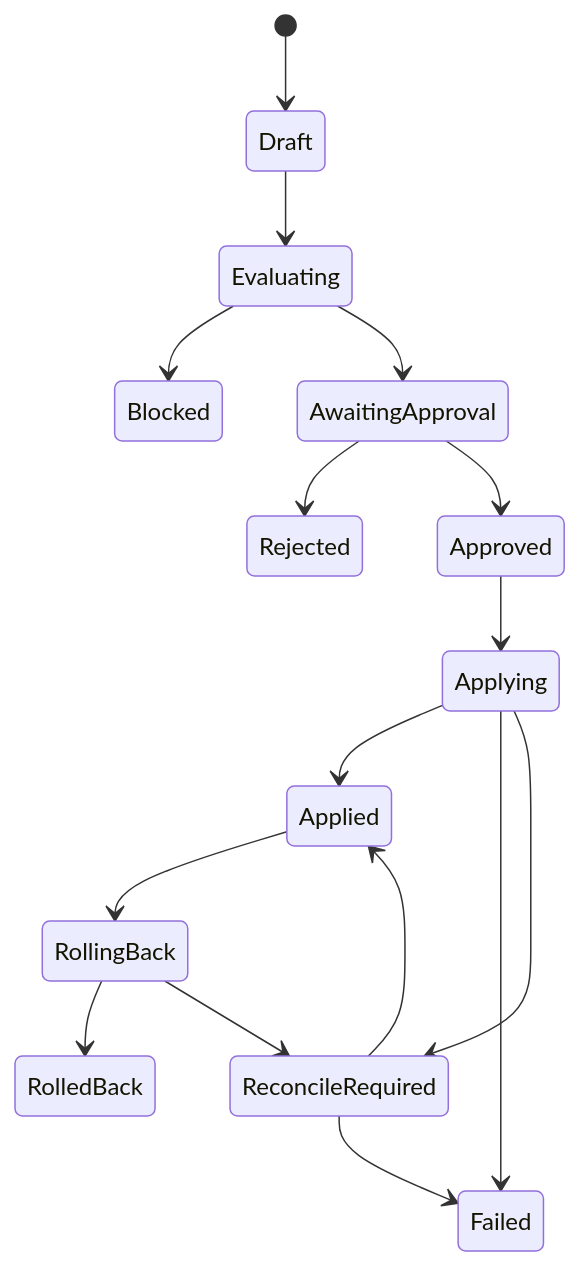
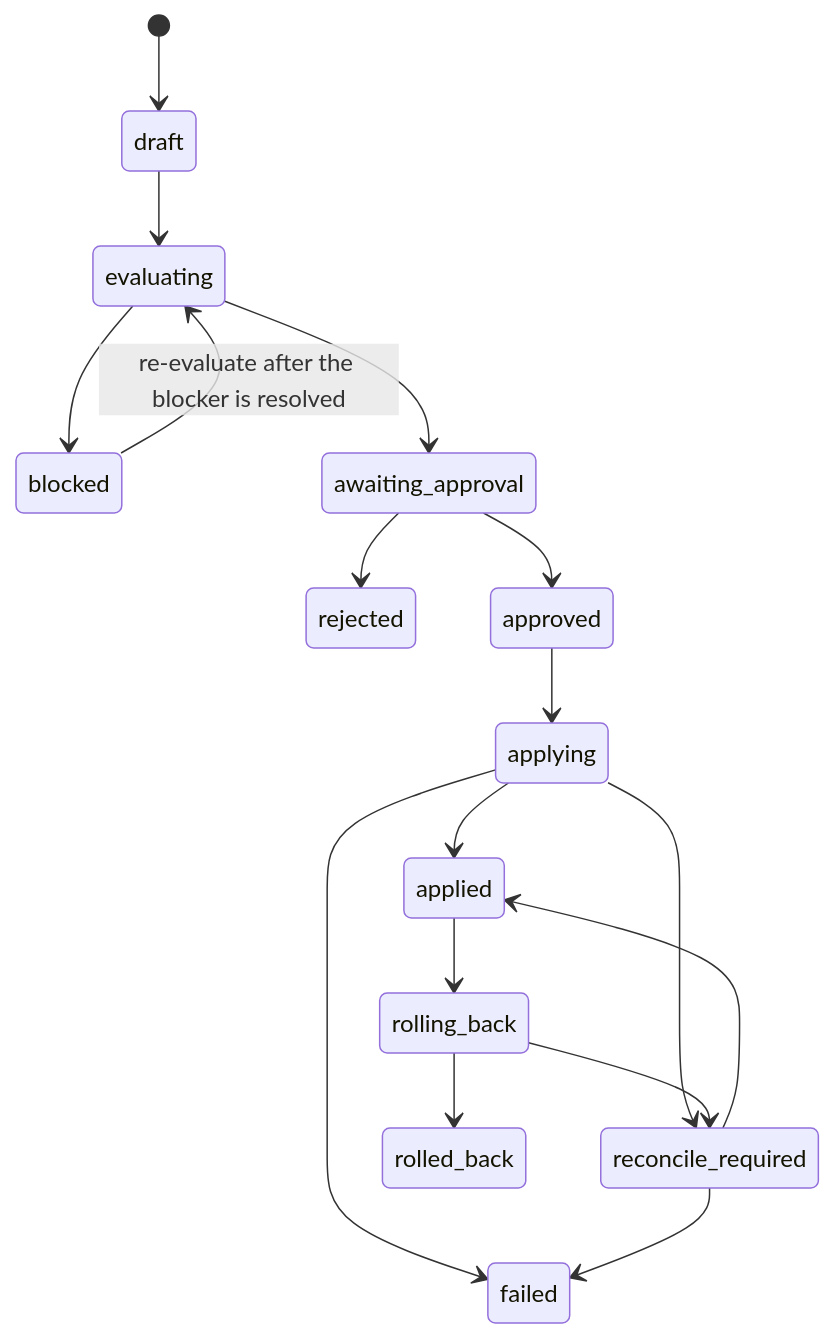
One commit to rrahimi-uci/caliber-suite changed the fourth of 9 diagrams in docs/workspace-plan.md. Above: the diagram before and after it, drawn with Mermaid. The commit also changed other lines of this file, not shown here.

````diff
--- a/docs/workspace-plan.md
+++ b/docs/workspace-plan.md
@@ -605,18 +607,19 @@
 ```mermaid
 stateDiagram-v2
-    [*] --> Draft
-    Draft --> Evaluating
-    Evaluating --> Blocked
-    Evaluating --> AwaitingApproval
-    AwaitingApproval --> Rejected
-    AwaitingApproval --> Approved
-    Approved --> Applying
-    Applying --> Applied
-    Applying --> Failed
-    Applying --> ReconcileRequired
-    ReconcileRequired --> Applied
-    ReconcileRequired --> Failed
-    Applied --> RollingBack
-    RollingBack --> RolledBack
-    RollingBack --> ReconcileRequired
+    [*] --> draft
+    draft --> evaluating
+    evaluating --> blocked
+    blocked --> evaluating: re-evaluate after the blocker is resolved
+    evaluating --> awaiting_approval
+    awaiting_approval --> rejected
+    awaiting_approval --> approved
+    approved --> applying
+    applying --> applied
+    applying --> failed
+    applying --> reconcile_required
+    reconcile_required --> applied
+    reconcile_required --> failed
+    applied --> rolling_back
+    rolling_back --> rolled_back
+    rolling_back --> reconcile_required
 ```
````
